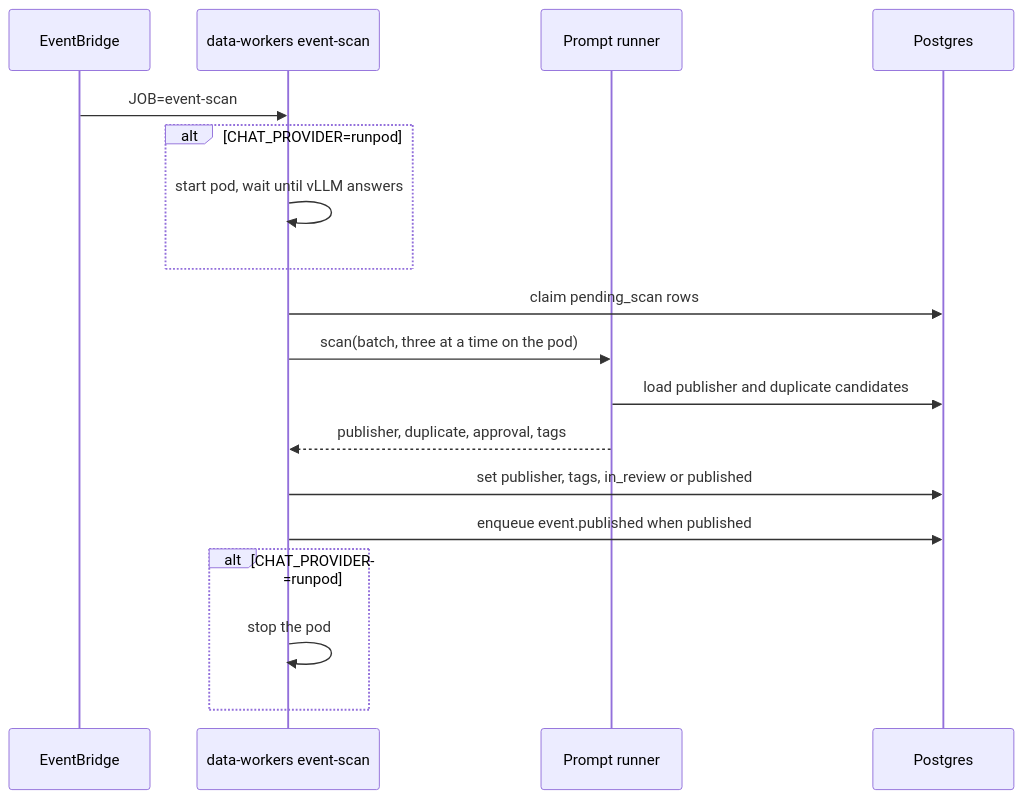
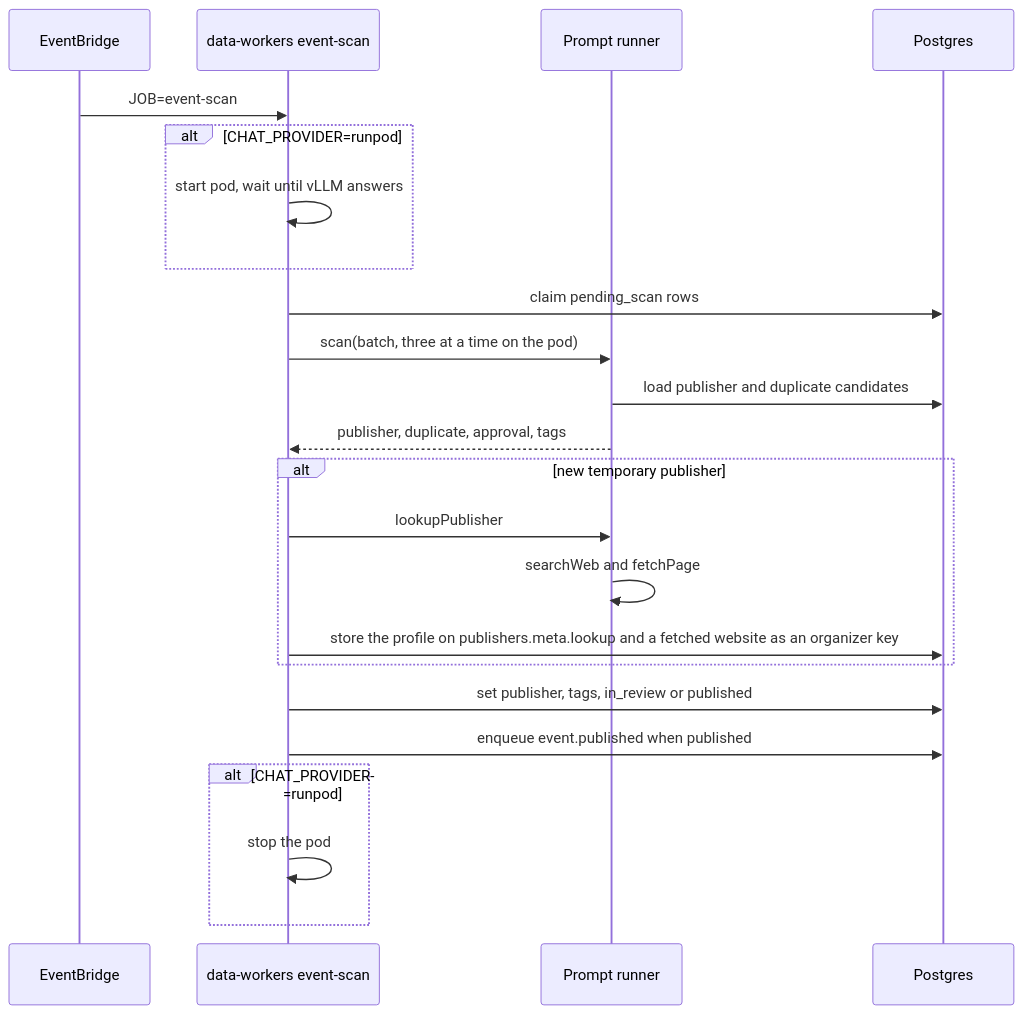
The diagram in docs/flows/event-scan.md (BradleySmallbottoms/evently), drawn with Mermaid before and after one commit. The commit also changed other lines of this file and 47 other files, not shown here.

First line of the commit message:
Enhance temporary publisher lookup and event scanning process

````diff
--- a/docs/flows/event-scan.md
+++ b/docs/flows/event-scan.md
@@ -54,21 +59,26 @@
 ```mermaid
 sequenceDiagram
   participant Scheduler as EventBridge
   participant Job as data-workers event-scan
   participant Runner as Prompt runner
   participant DB as Postgres
 
   Scheduler->>Job: JOB=event-scan
   alt CHAT_PROVIDER=runpod
     Job->>Job: start pod, wait until vLLM answers
   end
   Job->>DB: claim pending_scan rows
   Job->>Runner: scan(batch, three at a time on the pod)
   Runner->>DB: load publisher and duplicate candidates
   Runner-->>Job: publisher, duplicate, approval, tags
+  alt new temporary publisher
+    Job->>Runner: lookupPublisher
+    Runner->>Runner: searchWeb and fetchPage
+    Job->>DB: store the profile on publishers.meta.lookup and a fetched website as an organizer key
+  end
   Job->>DB: set publisher, tags, in_review or published
   Job->>DB: enqueue event.published when published
   alt CHAT_PROVIDER=runpod
     Job->>Job: stop the pod
   end
 ```
````
